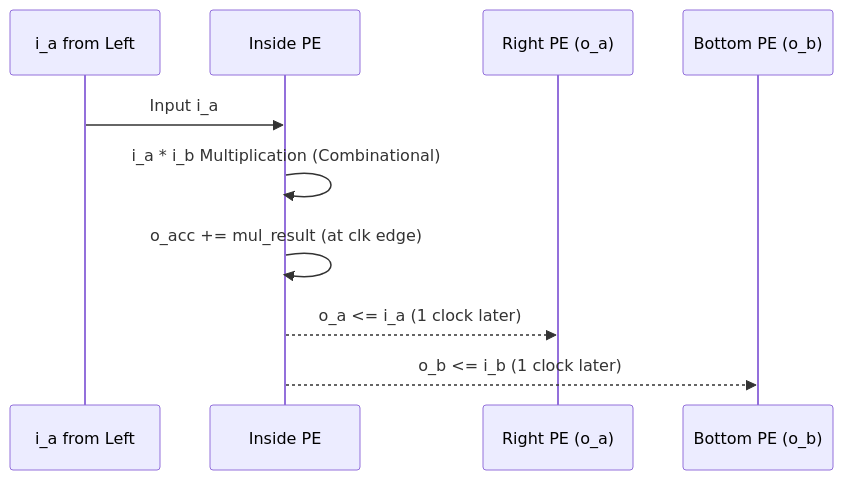
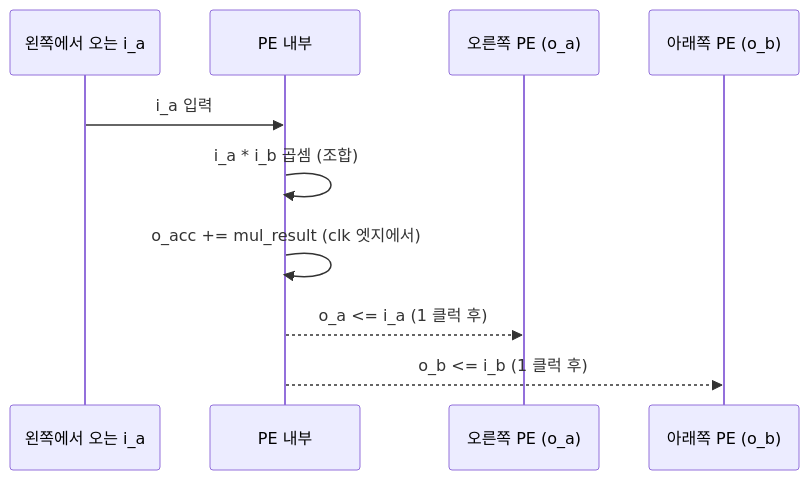
Before and after one commit to hwkim-dev/NPU-FPGA-Transformer-Accelerator-KV260: the second of 2 diagrams in Architecture/PE_Unit.md, drawn with Mermaid. The commit also changed other lines of this file and 111 other files, not shown here.

````diff
--- a/Architecture/PE_Unit.md
+++ b/Architecture/PE_Unit.md
@@ -72,13 +69,13 @@
 ```mermaid
 sequenceDiagram
-    participant Left as i_a from Left
-    participant PE as Inside PE
-    participant Right as Right PE (o_a)
-    participant Bottom as Bottom PE (o_b)
+    participant Left as 왼쪽에서 오는 i_a
+    participant PE as PE 내부
+    participant Right as 오른쪽 PE (o_a)
+    participant Bottom as 아래쪽 PE (o_b)
 
-    Left->>PE: Input i_a
-    PE->>PE: i_a * i_b Multiplication (Combinational)
-    PE->>PE: o_acc += mul_result (at clk edge)
-    PE-->>Right: o_a <= i_a  (1 clock later)
-    PE-->>Bottom: o_b <= i_b (1 clock later)
+    Left->>PE: i_a 입력
+    PE->>PE: i_a * i_b 곱셈 (조합)
+    PE->>PE: o_acc += mul_result (clk 엣지에서)
+    PE-->>Right: o_a <= i_a  (1 클럭 후)
+    PE-->>Bottom: o_b <= i_b (1 클럭 후)
 ```
````
